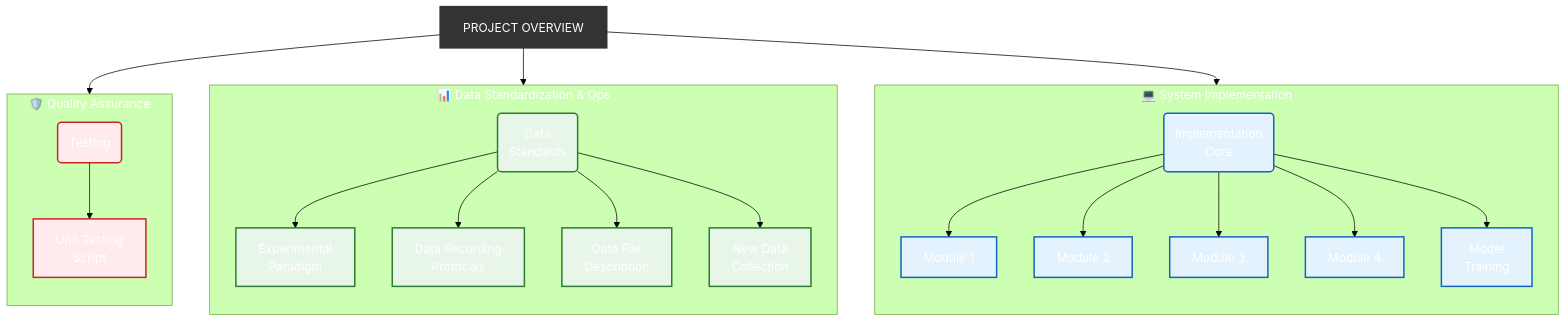
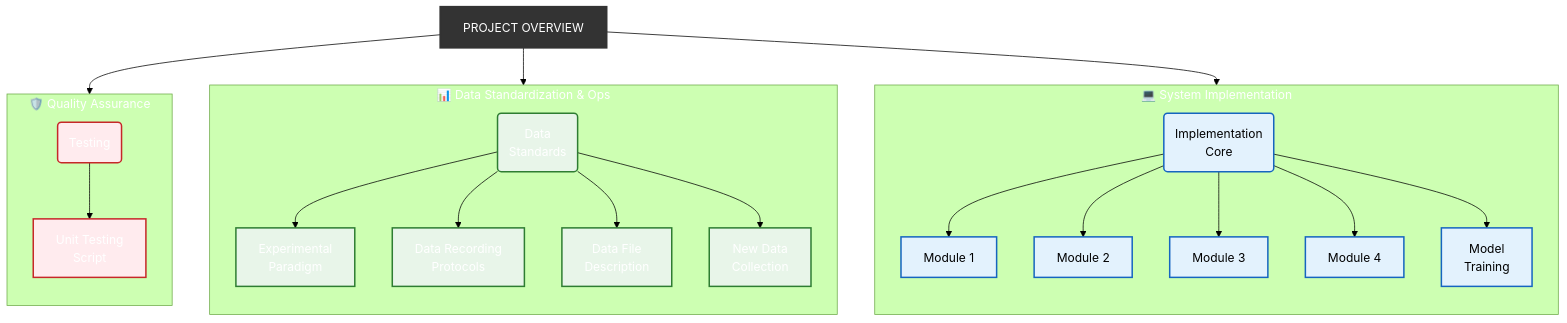
Before and after one commit to MBSI-Inc/CereCe_MI_Tracking: the diagram in README.md, drawn with Mermaid (forest theme).

Commit message:
adding mindmap

````diff
--- a/README.md
+++ b/README.md
@@ -69,64 +69,64 @@
 ```mermaid
 graph TD
     %% Root Node
     Root["PROJECT OVERVIEW"]
     
     %% --- Stream 1: Development (Blue) ---
     subgraph Dev_Stream ["💻 System Implementation"]
         direction TB
         Sys_Node("Implementation<br/>Core")
         
         M1["Module 1"]
         M2["Module 2"]
         M3["Module 3"]
         M4["Module 4"]
         Train["Model<br/>Training"]
         
         Sys_Node --> M1
         Sys_Node --> M2
         Sys_Node --> M3
         Sys_Node --> M4
         Sys_Node --> Train
     end
 
     %% --- Stream 2: Data (Green) ---
     subgraph Data_Stream ["📊 Data Standardization & Ops"]
         direction TB
         Std_Node("Data<br/>Standards")
         
         P1["Experimental<br/>Paradigm"]
         P2["Data Recording<br/>Protocols"]
         P3["Data File<br/>Description"]
         NewD["New Data<br/>Collection"]
         
         Std_Node --> P1
         Std_Node --> P2
         Std_Node --> P3
         Std_Node --> NewD
     end
 
     %% --- Stream 3: QA (Red) ---
     subgraph QA_Stream ["🛡️ Quality Assurance"]
         direction TB
         Test_Node("Testing")
         Script["Unit Testing<br/>Script"]
         
         Test_Node --> Script
     end
 
     %% Connections to Root
     Root --> Sys_Node
     Root --> Std_Node
     Root --> Test_Node
 
     %% Styling
-    classDef dev fill:#e3f2fd,stroke:#1565c0,stroke-width:2px;
+    classDef dev fill:#e3f2fd,stroke:#1565c0,stroke-width:2px,color:#000;
     classDef data fill:#e8f5e9,stroke:#2e7d32,stroke-width:2px;
     classDef qa fill:#ffebee,stroke:#c62828,stroke-width:2px;
     classDef root fill:#333,stroke:#333,stroke-width:3px,color:#fff;
 
     class M1,M2,M3,M4,Train,Sys_Node dev;
     class P1,P2,P3,NewD,Std_Node data;
     class Script,Test_Node qa;
     class Root root;
 ```
````
